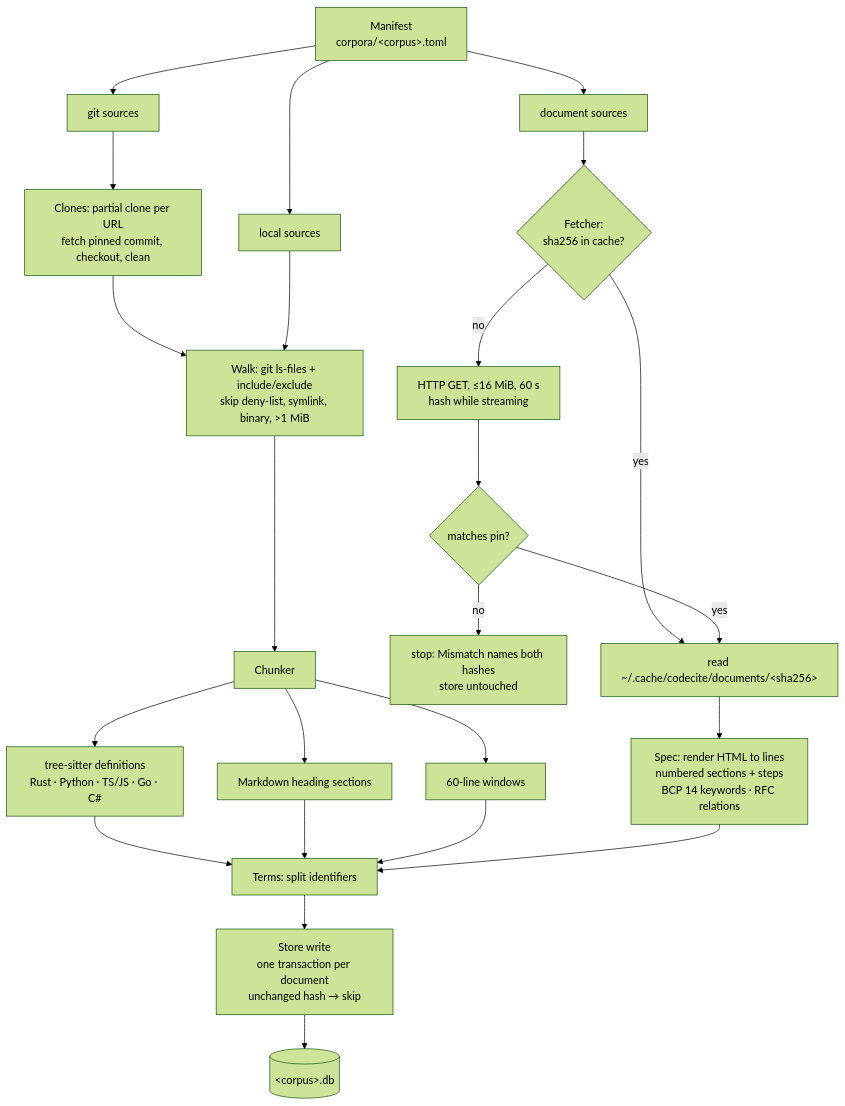
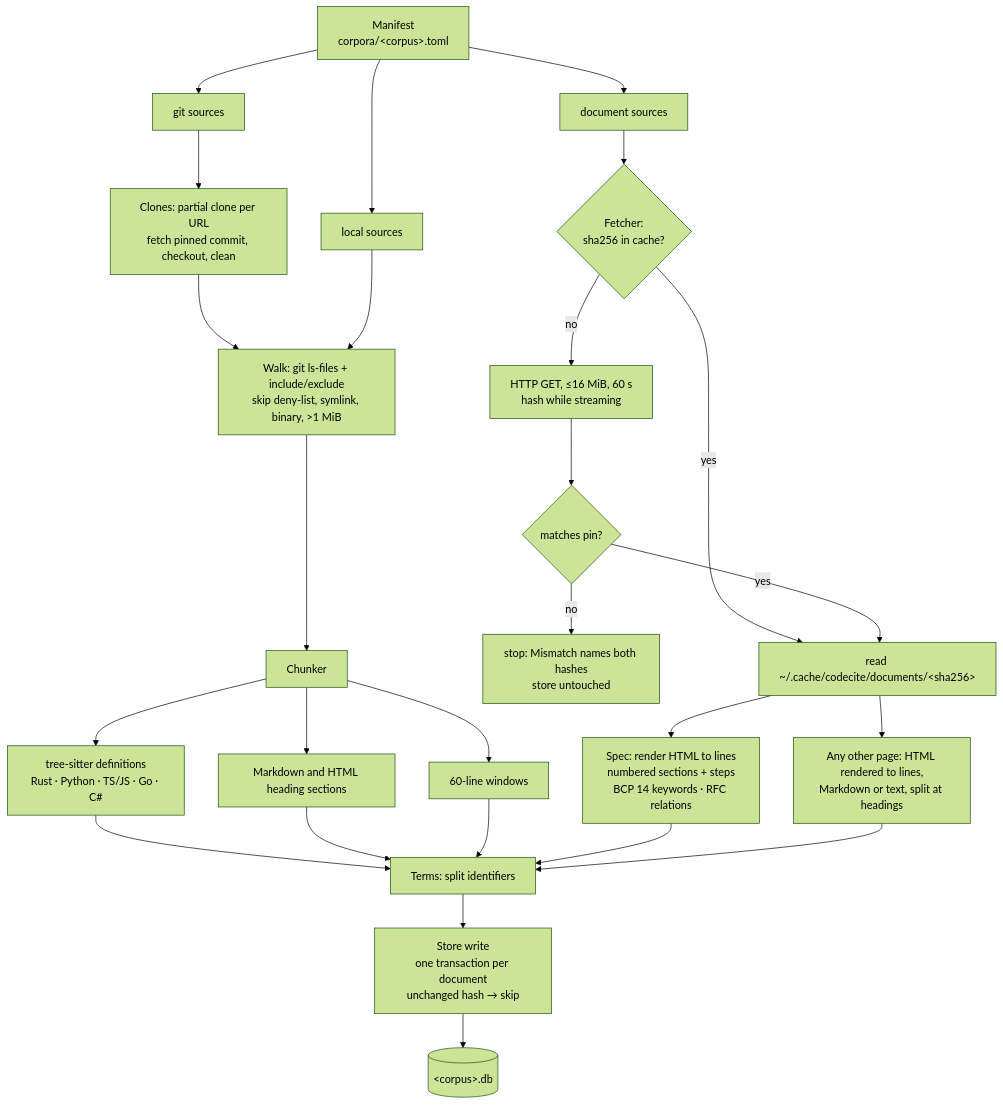
One commit to jamescrowley321/codecite changed the third of 5 diagrams in docs/design.md. Above: the diagram before and after it, drawn with Mermaid (forest theme). The commit also changed other lines of this file and 46 other files, not shown here.

````diff
--- a/docs/design.md
+++ b/docs/design.md
@@ -90,20 +90,21 @@
 ```mermaid
 flowchart TD
   manifest["Manifest<br/>corpora/#lt;corpus#gt;.toml"] --> docs & gits & locals
   docs["document sources"] --> fetcher{"Fetcher:<br/>sha256 in cache?"}
   fetcher -- yes --> cached["read ~/.cache/codecite/documents/#lt;sha256#gt;"]
   fetcher -- no --> get["HTTP GET, ≤16 MiB, 60 s<br/>hash while streaming"] --> pin{"matches pin?"}
   pin -- no --> stop["stop: Mismatch names both hashes<br/>store untouched"]
   pin -- yes --> cached
   gits["git sources"] --> clones["Clones: partial clone per URL<br/>fetch pinned commit, checkout, clean"]
   clones --> walk
   locals["local sources"] --> walk["Walk: git ls-files + include/exclude<br/>skip deny-list, symlink, binary, #gt;1 MiB"]
   walk --> chunker["Chunker"]
   chunker --> ts["tree-sitter definitions<br/>Rust · Python · TS/JS · Go · C#"]
-  chunker --> md["Markdown heading sections"]
+  chunker --> md["Markdown and HTML heading sections"]
   chunker --> win["60-line windows"]
   cached --> spec["Spec: render HTML to lines<br/>numbered sections + steps<br/>BCP 14 keywords · RFC relations"]
-  ts & md & win & spec --> terms["Terms: split identifiers"]
+  cached --> doc["Any other page: HTML rendered to lines,<br/>Markdown or text, split at headings"]
+  ts & md & win & spec & doc --> terms["Terms: split identifiers"]
   terms --> write["Store write<br/>one transaction per document<br/>unchanged hash → skip"]
   write --> db[("#lt;corpus#gt;.db")]
 ```
````
